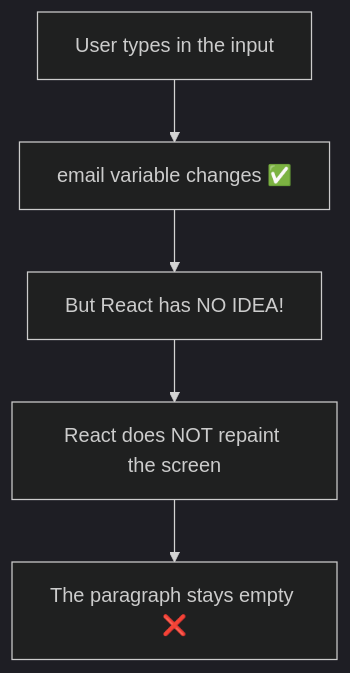
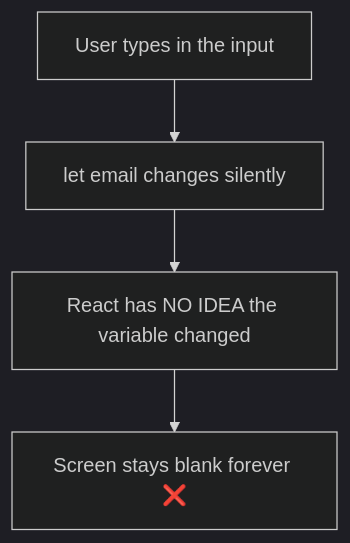
The fifth of 7 diagrams in frontend/README.md (Nimsika-Bosilu/designHer_2.0-Student-Attendance-Management-System), drawn with Mermaid (dark theme) before and after one commit. The commit also changed other lines of this file, not shown here.

Commit message:
docs: add Day 3 frontend architecture guide and initial project documentation

````diff
--- a/frontend/README.md
+++ b/frontend/README.md
@@ -364,7 +636,6 @@
 ```mermaid
 flowchart TD
-    A["User types in the input"] --> B["email variable changes ✅"]
-    B --> C["But React has NO IDEA!"]
-    C --> D["React does NOT repaint the screen"]
-    D --> E["The paragraph stays empty ❌"]
+    A["User types in the input"] --> B["let email changes silently"]
+    B --> C["React has NO IDEA the variable changed"]
+    C --> D["Screen stays blank forever ❌"]
 ```
````
